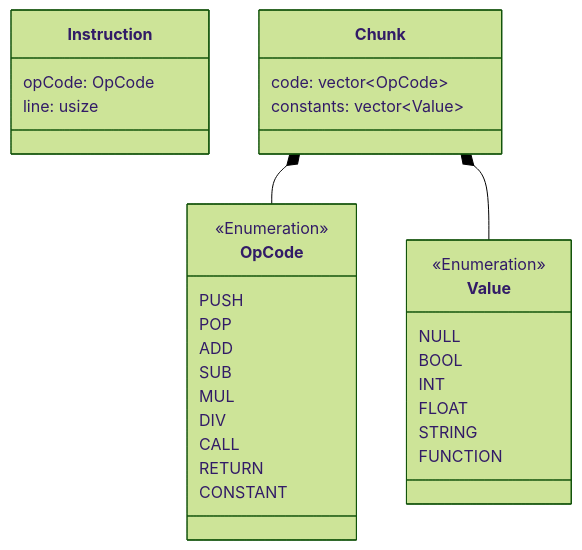
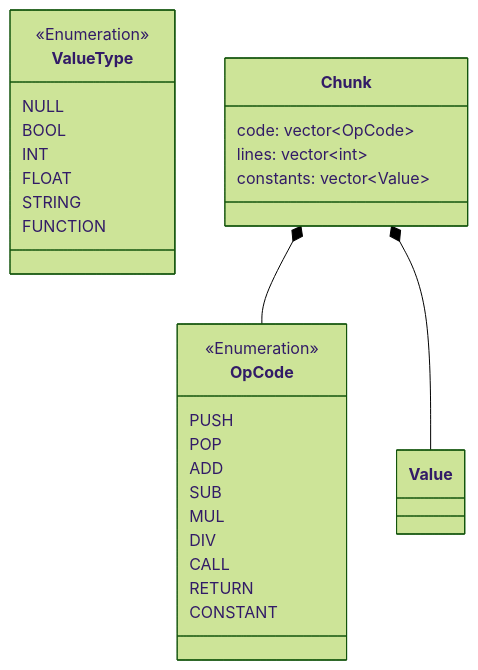
One commit to R4DEONN/Prima changed the diagram in backend/README.md. Above: the diagram before and after it, drawn with Mermaid (forest theme). The commit also changed 3 other files, not shown here.

````diff
--- a/backend/README.md
+++ b/backend/README.md
@@ -16,38 +16,36 @@
 ```mermaid
 classDiagram
-    class Value {
+    class ValueType {
         <<Enumeration>>
         NULL
         BOOL
         INT
         FLOAT
         STRING
         FUNCTION
     }
+    
+    class Value
 
     class OpCode {
         <<Enumeration>>
         PUSH
         POP
         ADD
         SUB
         MUL
         DIV
         CALL
         RETURN
         CONSTANT
     }
 
-    class Instruction {
-        opCode: OpCode
-        line: usize
-    }
-    
     class Chunk {
         code: vector~OpCode~
+        lines: vector~int~
         constants: vector~Value~
     }
 
     Chunk *-- OpCode
     Chunk *-- Value
 ```
````
